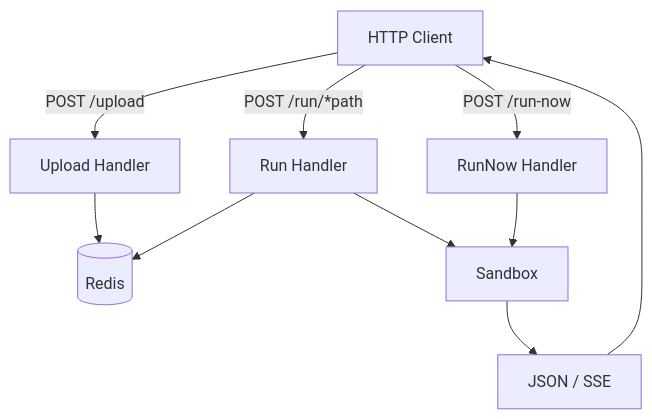
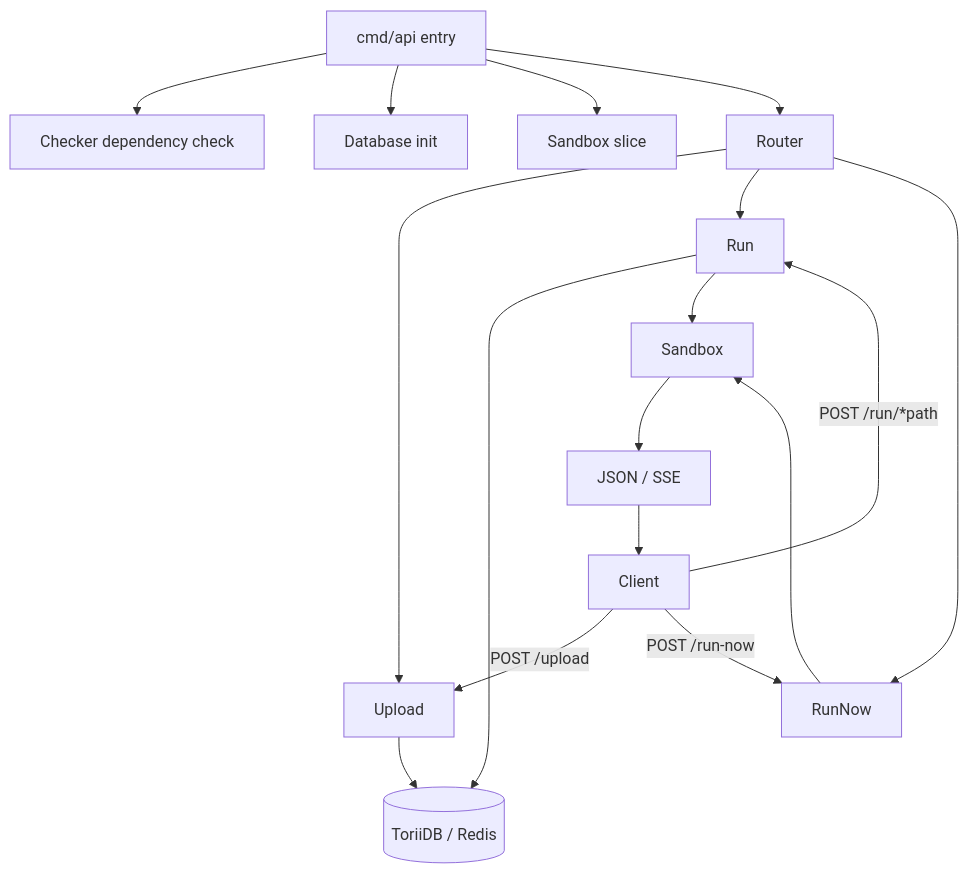
Before and after one commit to pardnchiu/HakoRun: the first of 10 diagrams in doc/architecture.md, drawn with Mermaid. The commit also changed other lines of this file and 17 other files, not shown here.

````diff
--- a/doc/architecture.md
+++ b/doc/architecture.md
@@ -7,12 +9,19 @@
 ```mermaid
 graph TB
-    Client[HTTP Client] -->|POST /upload| Upload[Upload Handler]
-    Client -->|POST /run/*path| Run[Run Handler]
-    Client -->|POST /run-now| RunNow[RunNow Handler]
-    Upload --> Redis[(Redis)]
-    Run --> Redis
+    Main[cmd/api entry] --> Checker[Checker dependency check]
+    Main --> DB[Database init]
+    Main --> Slice[Sandbox slice]
+    Main --> Router[Router]
+    Client[Client] -->|POST /upload| Upload[Upload]
+    Client -->|POST /run/*path| Run[Run]
+    Client -->|POST /run-now| RunNow[RunNow]
+    Router --> Upload
+    Router --> Run
+    Router --> RunNow
+    Upload --> Store[(ToriiDB / Redis)]
+    Run --> Store
     Run --> Sandbox[Sandbox]
     RunNow --> Sandbox
-    Sandbox --> Response[JSON / SSE]
-    Response --> Client
+    Sandbox --> Out[JSON / SSE]
+    Out --> Client
 ```
````
